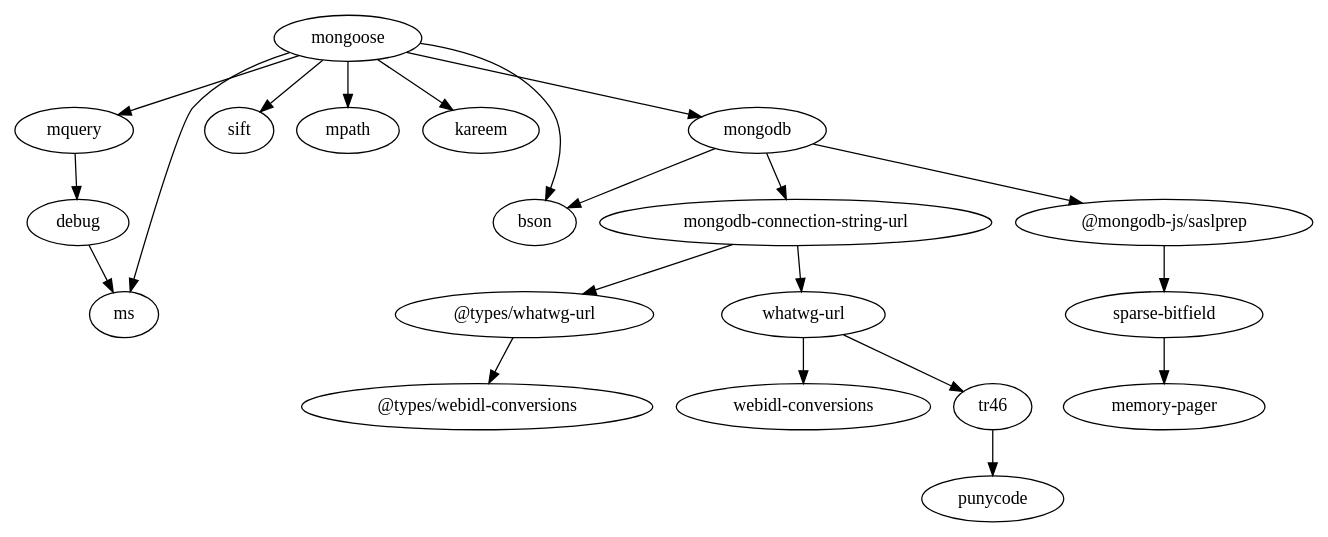
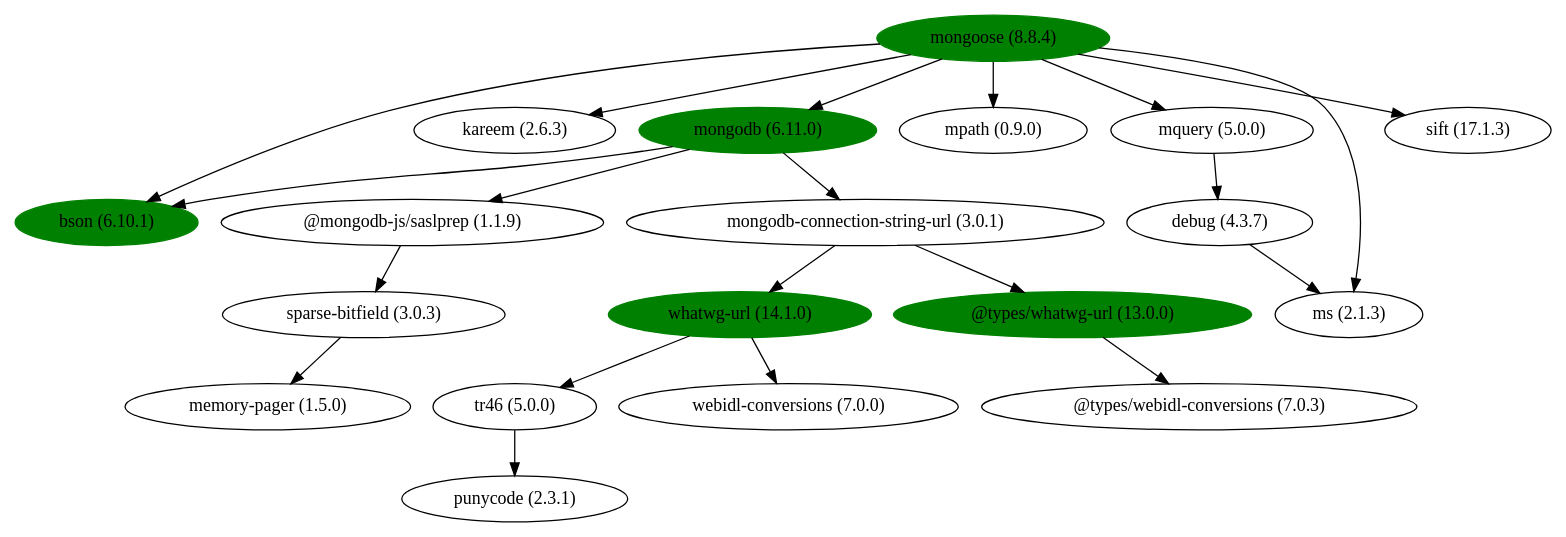
The diagram in dependencies_mongoose.dot (tasyamba22/Config_Dz2_Filippova_T_A), drawn with Graphviz before and after one commit. The commit also changed 2 other files, not shown here.

```diff
--- a/dependencies_mongoose.dot
+++ b/dependencies_mongoose.dot
@@ -1,22 +1,41 @@
 digraph Dependencies {
+    "mongoose" [label="mongoose (8.8.4)", color=green, style="filled,solid"];
+    "bson" [label="bson (6.10.1)", color=green, style="filled,solid"];
+    "mongoose" -> "bson";
+    "kareem" [label="kareem (2.6.3)", style="solid"];
+    "mongoose" -> "kareem";
+    "mongodb" [label="mongodb (6.11.0)", color=green, style="filled,solid"];
+    "mongoose" -> "mongodb";
+    "mpath" [label="mpath (0.9.0)", style="solid"];
+    "mongoose" -> "mpath";
+    "mquery" [label="mquery (5.0.0)", style="solid"];
+    "mongoose" -> "mquery";
+    "ms" [label="ms (2.1.3)", style="solid"];
     "mongoose" -> "ms";
-    "mongoose" -> "bson";
+    "sift" [label="sift (17.1.3)", style="solid"];
     "mongoose" -> "sift";
-    "mongoose" -> "mpath";
-    "mongoose" -> "kareem";
-    "mongoose" -> "mquery";
-    "mongoose" -> "mongodb";
+    "mongodb" -> "bson";
+    "@mongodb-js/saslprep" [label="@mongodb-js/saslprep (1.1.9)", style="solid"];
+    "mongodb" -> "@mongodb-js/saslprep";
+    "mongodb-connection-string-url" [label="mongodb-connection-string-url (3.0.1)", style="solid"];
+    "mongodb" -> "mongodb-connection-string-url";
+    "sparse-bitfield" [label="sparse-bitfield (3.0.3)", style="solid"];
+    "@mongodb-js/saslprep" -> "sparse-bitfield";
+    "memory-pager" [label="memory-pager (1.5.0)", style="solid"];
+    "sparse-bitfield" -> "memory-pager";
+    "whatwg-url" [label="whatwg-url (14.1.0)", color=green, style="filled,solid"];
+    "mongodb-connection-string-url" -> "whatwg-url";
+    "@types/whatwg-url" [label="@types/whatwg-url (13.0.0)", color=green, style="filled,solid"];
+    "mongodb-connection-string-url" -> "@types/whatwg-url";
+    "tr46" [label="tr46 (5.0.0)", style="solid"];
+    "whatwg-url" -> "tr46";
+    "webidl-conversions" [label="webidl-conversions (7.0.0)", style="solid"];
+    "whatwg-url" -> "webidl-conversions";
+    "punycode" [label="punycode (2.3.1)", style="solid"];
+    "tr46" -> "punycode";
+    "@types/webidl-conversions" [label="@types/webidl-conversions (7.0.3)", style="solid"];
+    "@types/whatwg-url" -> "@types/webidl-conversions";
+    "debug" [label="debug (4.3.7)", style="solid"];
     "mquery" -> "debug";
     "debug" -> "ms";
-    "mongodb" -> "bson";
-    "mongodb" -> "@mongodb-js/saslprep";
-    "mongodb" -> "mongodb-connection-string-url";
-    "@mongodb-js/saslprep" -> "sparse-bitfield";
-    "sparse-bitfield" -> "memory-pager";
-    "mongodb-connection-string-url" -> "whatwg-url";
-    "mongodb-connection-string-url" -> "@types/whatwg-url";
-    "whatwg-url" -> "tr46";
-    "whatwg-url" -> "webidl-conversions";
-    "tr46" -> "punycode";
-    "@types/whatwg-url" -> "@types/webidl-conversions";
 }
```
